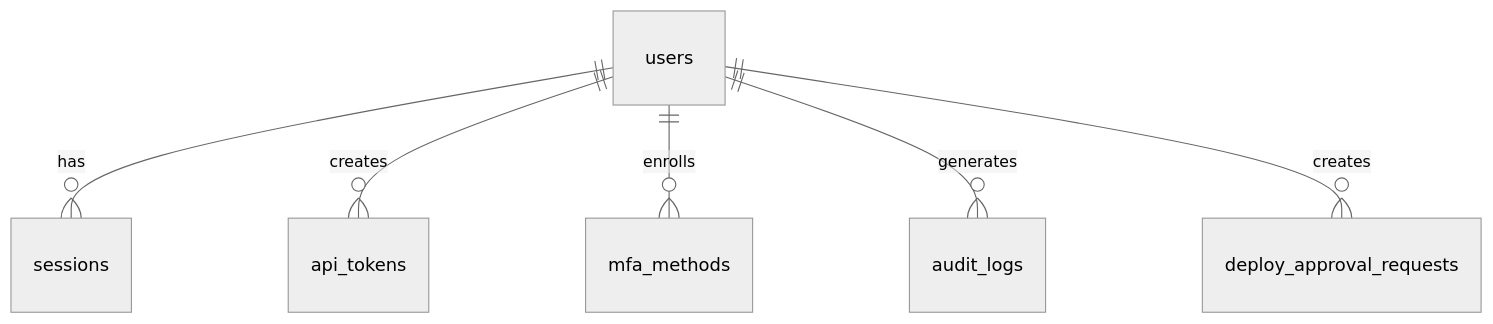
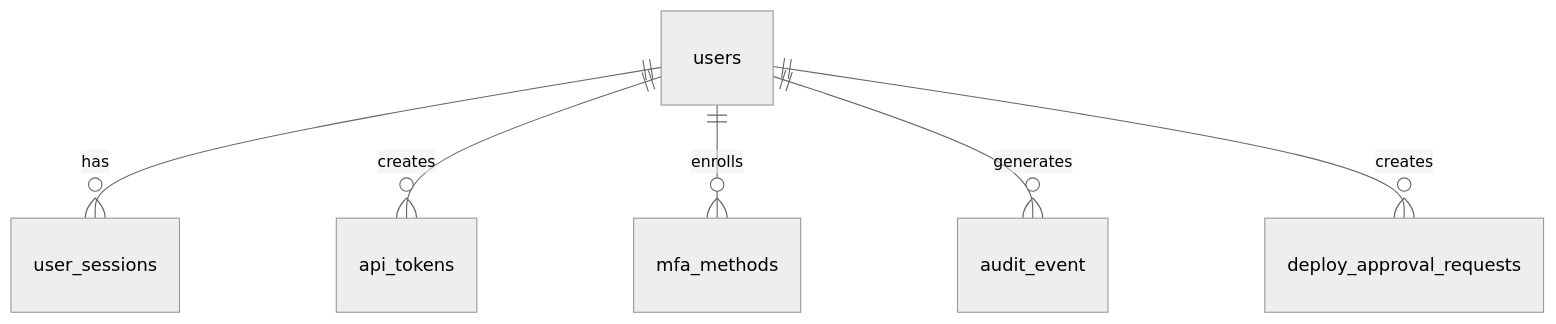
One commit to DocSpring/rack-gateway changed the diagram in docs/src/content/docs/operations/database-maintenance.mdx. Above: the diagram before and after it, drawn with Mermaid (neutral theme). The commit also changed other lines of this file and 52 other files, not shown here.

````diff
--- a/docs/src/content/docs/operations/database-maintenance.mdx
+++ b/docs/src/content/docs/operations/database-maintenance.mdx
@@ -138,8 +140,8 @@
 ```mermaid
 erDiagram
-    users ||--o{ sessions : has
+    users ||--o{ user_sessions : has
     users ||--o{ api_tokens : creates
     users ||--o{ mfa_methods : enrolls
-    users ||--o{ audit_logs : generates
+    users ||--o{ audit_event : generates
     users ||--o{ deploy_approval_requests : creates
 ```
````
